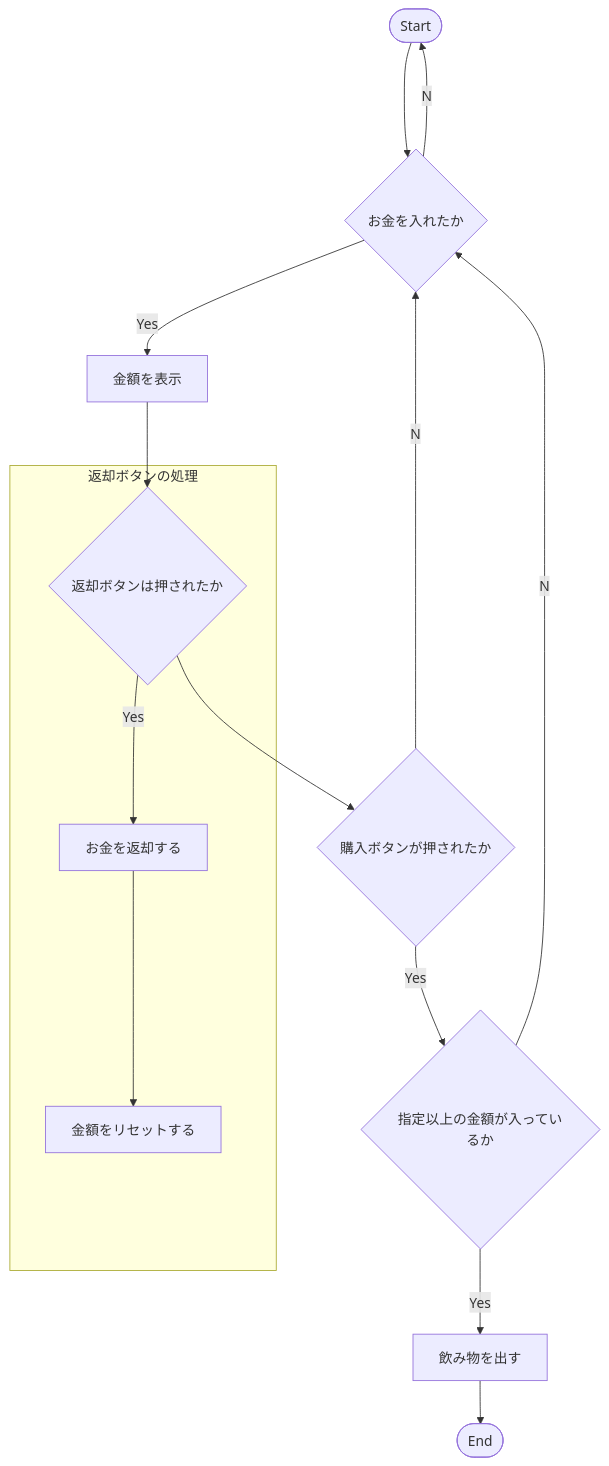
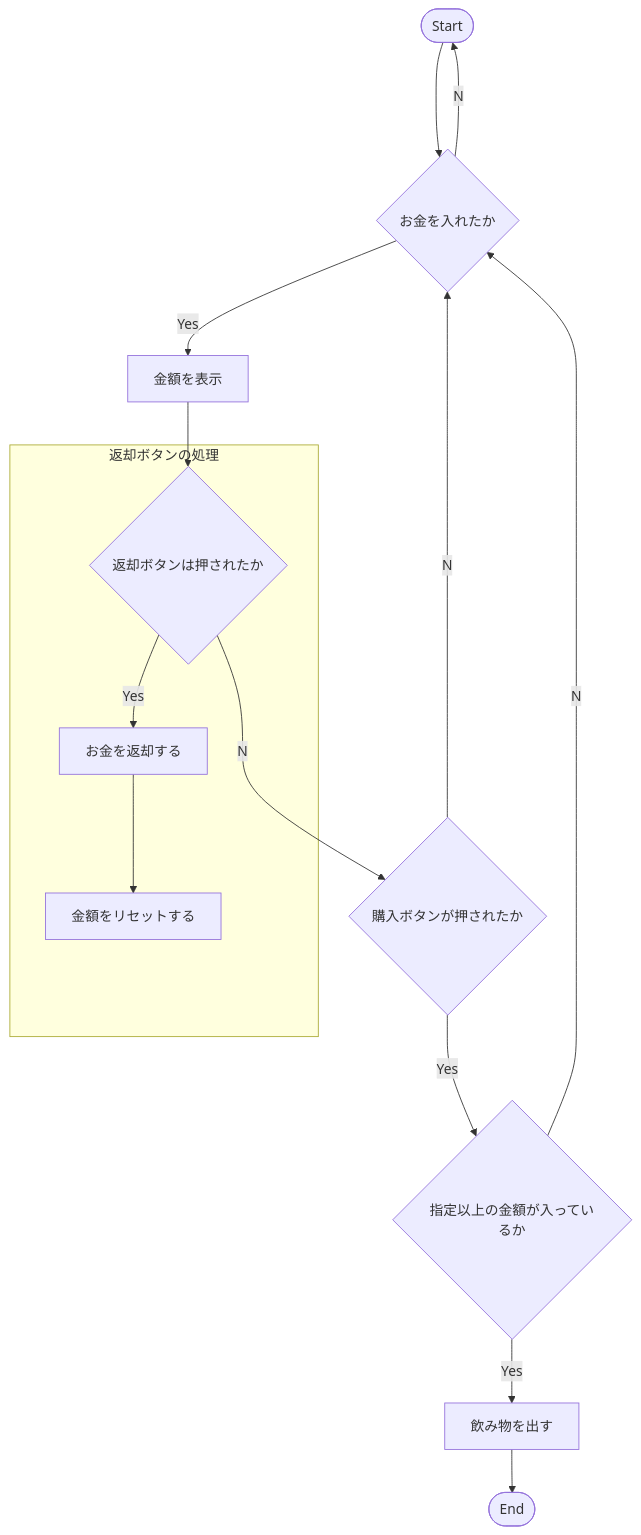
One commit to tpu-game-2022/mermaid_test changed the diagram in README.md. Above: the diagram before and after it, drawn with Mermaid.

Commit message:
フローチャートを変更した

````diff
--- a/README.md
+++ b/README.md
@@ -20,18 +20,18 @@
 ```mermaid
 flowchart TB
   A([Start])-->B{お金を入れたか}
   B--Yes-->C[金額を表示]
+  B--No-->A
   C-->D1
-  D1-->E{購入ボタンが押されたか}
+  D1--No-->E{購入ボタンが押されたか}
   E{購入ボタンが押されたか}--Yes-->F{指定以上の金額が入っているか}
+  E--No-->B
   F--Yes-->G[飲み物を出す]
+  F--No-->B
   G-->H([End])
-  B--No-->A
-  E--No-->B
-  F--No-->B
     subgraph 返却ボタンの処理
     D1{返却ボタンは押されたか}--Yes-->D2[お金を返却する]
     D2-->D3[金額をリセットする]
     end
 
 ```
````
